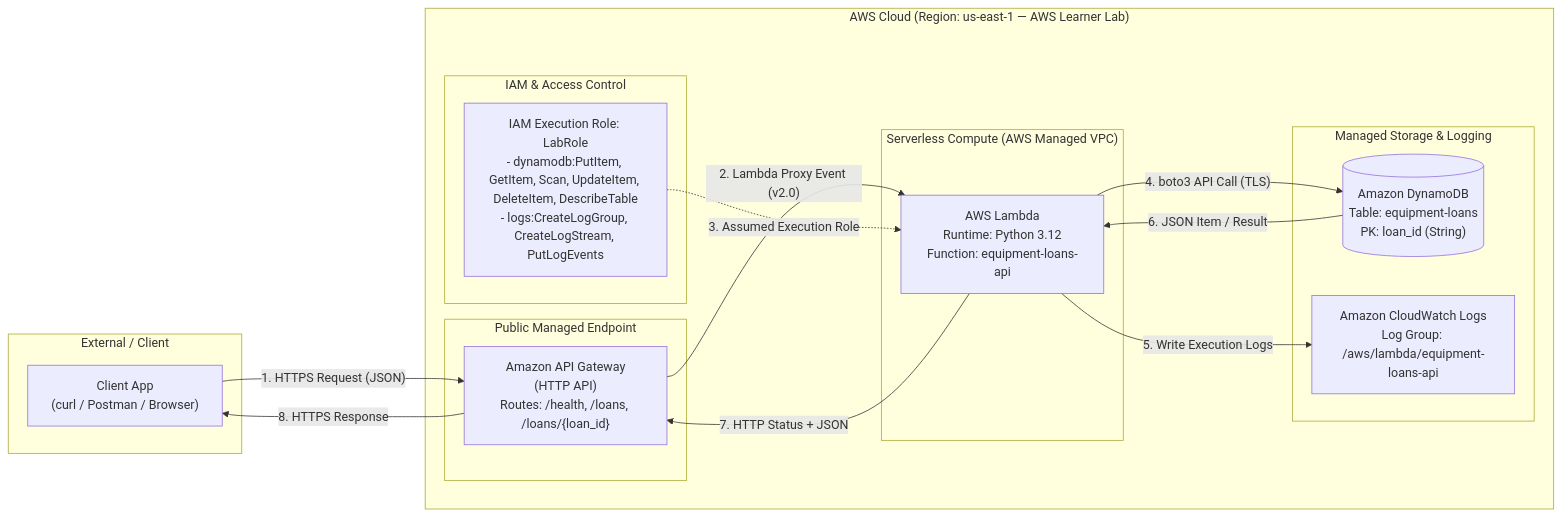
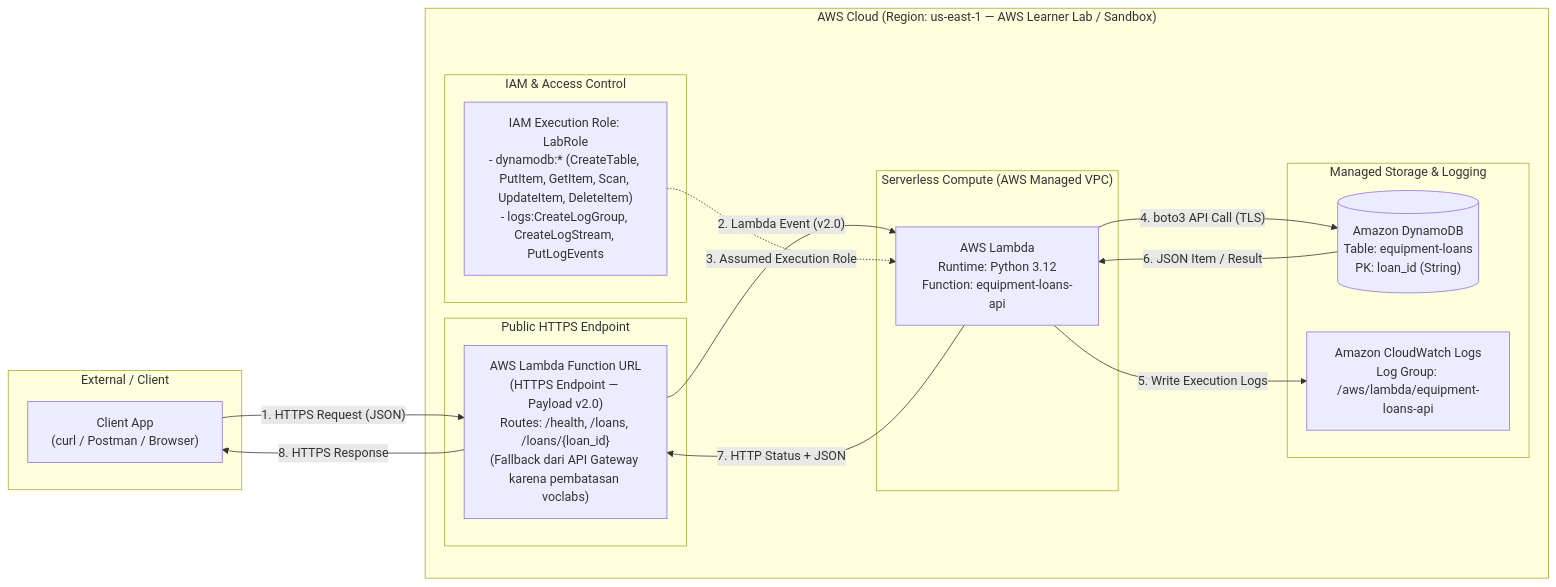
One commit to juancrcr/Project-aws changed the diagram in docs/architecture.md. Above: the diagram before and after it, drawn with Mermaid. The commit also changed other lines of this file and 5 other files, not shown here.

Commit message:
docs: align architecture diagram, design brief, and setup guide with Lambda Function URL

````diff
--- a/docs/architecture.md
+++ b/docs/architecture.md
@@ -7,34 +7,34 @@
 ```mermaid
 flowchart LR
     subgraph Client_Zone["External / Client"]
         Client["Client App\n(curl / Postman / Browser)"]
     end
 
-    subgraph AWS_Cloud["AWS Cloud (Region: us-east-1 — AWS Learner Lab)"]
-        subgraph Managed_API["Public Managed Endpoint"]
-            APIGW["Amazon API Gateway\n(HTTP API)\nRoutes: /health, /loans, /loans/{loan_id}"]
+    subgraph AWS_Cloud["AWS Cloud (Region: us-east-1 — AWS Learner Lab / Sandbox)"]
+        subgraph Managed_API["Public HTTPS Endpoint"]
+            FURL["AWS Lambda Function URL\n(HTTPS Endpoint — Payload v2.0)\nRoutes: /health, /loans, /loans/{loan_id}\n(Fallback dari API Gateway karena pembatasan voclabs)"]
         end
 
         subgraph Compute_Layer["Serverless Compute (AWS Managed VPC)"]
             Lambda["AWS Lambda\nRuntime: Python 3.12\nFunction: equipment-loans-api"]
         end
 
         subgraph Storage_Observability["Managed Storage & Logging"]
             DDB[("Amazon DynamoDB\nTable: equipment-loans\nPK: loan_id (String)")]
             CW["Amazon CloudWatch Logs\nLog Group: /aws/lambda/equipment-loans-api"]
         end
 
         subgraph Security_IAM["IAM & Access Control"]
-            Role["IAM Execution Role: LabRole\n- dynamodb:PutItem, GetItem, Scan, UpdateItem, DeleteItem, DescribeTable\n- logs:CreateLogGroup, CreateLogStream, PutLogEvents"]
+            Role["IAM Execution Role: LabRole\n- dynamodb:* (CreateTable, PutItem, GetItem, Scan, UpdateItem, DeleteItem)\n- logs:CreateLogGroup, CreateLogStream, PutLogEvents"]
         end
     end
 
-    Client -->|"1. HTTPS Request (JSON)"| APIGW
-    APIGW -->|"2. Lambda Proxy Event (v2.0)"| Lambda
+    Client -->|"1. HTTPS Request (JSON)"| FURL
+    FURL -->|"2. Lambda Event (v2.0)"| Lambda
     Role -.->|"3. Assumed Execution Role"| Lambda
     Lambda -->|"4. boto3 API Call (TLS)"| DDB
     Lambda -->|"5. Write Execution Logs"| CW
     DDB -->|"6. JSON Item / Result"| Lambda
-    Lambda -->|"7. HTTP Status + JSON"| APIGW
-    APIGW -->|"8. HTTPS Response"| Client
+    Lambda -->|"7. HTTP Status + JSON"| FURL
+    FURL -->|"8. HTTPS Response"| Client
 ```
````
